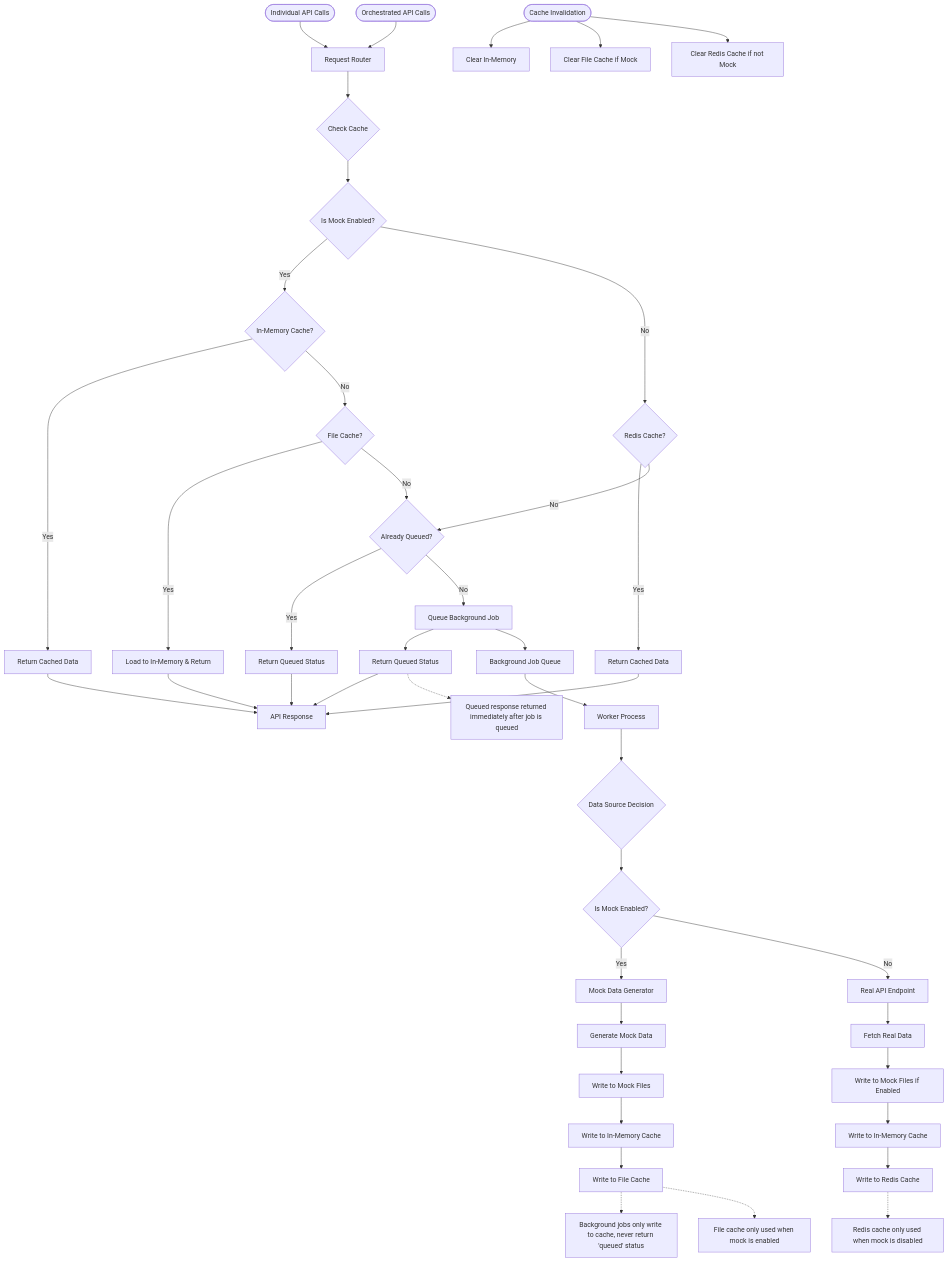
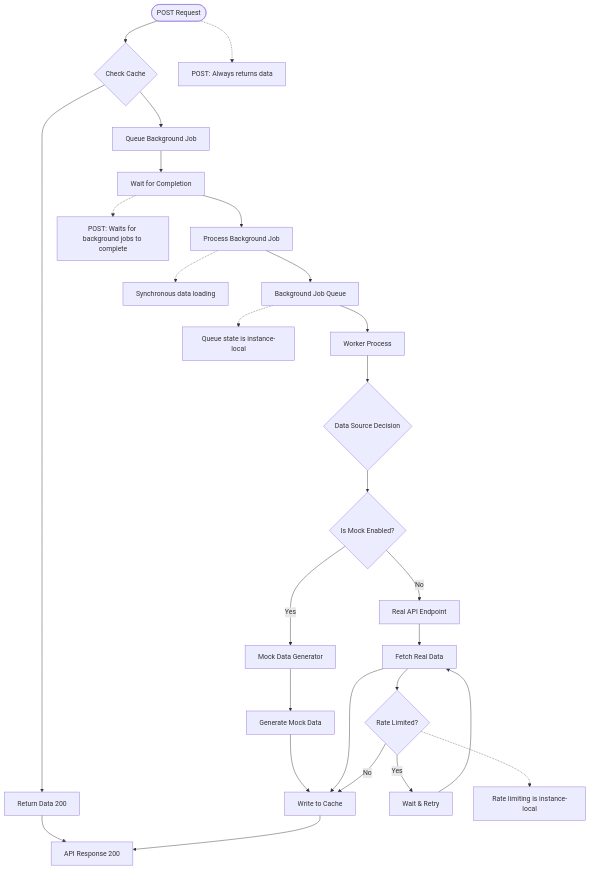
One commit to szarroug3/dota-data changed the fifth of 7 diagrams in docs/architecture.md. Above: the diagram before and after it, drawn with Mermaid. The commit also changed other lines of this file and 76 other files, not shown here.

````diff
--- a/docs/architecture.md
+++ b/docs/architecture.md
@@ -13,77 +205,55 @@
 ```mermaid
 flowchart TD
     %% API Layer
-    API1([Individual API Calls])
-    API2([Orchestrated API Calls])
-    
-    %% Request Router
-    API1 --> RR[Request Router]
-    API2 --> RR
+    POST([POST Request])
     
     %% Cache Check Layer
-    RR --> CC{Check Cache}
-    CC --> ME{Is Mock Enabled?}
-    ME -- Yes --> IC{In-Memory Cache?}
-    ME -- No --> RC{Redis Cache?}
+    POST --> CC{Check Cache}
     
-    %% Mock Cache Path
-    IC -- Yes --> RC1[Return Cached Data]
-    IC -- No --> FC{File Cache?}
-    FC -- Yes --> LC[Load to In-Memory & Return]
-    FC -- No --> QC{Already Queued?}
+    %% Cache Hit Path
+    CC --> CACHED[Return Data 200]
     
-    %% Real Cache Path
-    RC -- Yes --> RC2[Return Cached Data]
-    RC -- No --> QC
-    
-    %% Queue Management
-    QC -- Yes --> QR[Return Queued Status]
-    QC -- No --> QB[Queue Background Job]
-    QB --> QR2[Return Queued Status]
+    %% Cache Miss Path
+    CC --> QUEUE[Queue Background Job]
+    QUEUE --> WAIT[Wait for Completion]
+    WAIT --> PROCESS[Process Background Job]
     
     %% Background Job System
-    QB --> BJ[Background Job Queue]
+    PROCESS --> BJ[Background Job Queue]
     BJ --> WJ[Worker Process]
     WJ --> DC{Data Source Decision}
     
     %% Mock vs Real Data Sources
     DC --> MOCK{Is Mock Enabled?}
     MOCK -- Yes --> MG[Mock Data Generator]
     MOCK -- No --> RE[Real API Endpoint]
     
-    %% Mock Data Flow
+    %% Data Flow
     MG --> MF[Generate Mock Data]
-    MF --> MW[Write to Mock Files]
-    MW --> MC1[Write to In-Memory Cache]
-    MC1 --> MC2[Write to File Cache]
+    RE --> RF[Fetch Real Data]
+    MF --> CACHE[Write to Cache]
+    RF --> CACHE
     
-    %% Real Data Flow
-    RE --> RF[Fetch Real Data]
-    RF --> RW[Write to Mock Files if Enabled]
-    RW --> MC3[Write to In-Memory Cache]
-    MC3 --> MC4[Write to Redis Cache]
+    %% Rate Limiting
+    RF --> RL{Rate Limited?}
+    RL -- Yes --> RETRY[Wait & Retry]
+    RETRY --> RF
+    RL -- No --> CACHE
     
     %% Response Flow
-    RC1 --> RESP[API Response]
-    RC2 --> RESP
-    LC --> RESP
-    QR --> RESP
-    QR2 --> RESP
-    
-    %% Cache Invalidation
-    INV([Cache Invalidation])
-    INV --> CI[Clear In-Memory]
-    INV --> CF[Clear File Cache if Mock]
-    INV --> CR[Clear Redis Cache if not Mock]
+    CACHED --> RESP[API Response 200]
+    CACHE --> RESP
     
     %% Notes
-    N1[Background jobs only write to cache, never return 'queued' status]
-    N2[File cache only used when mock is enabled]
-    N3[Redis cache only used when mock is disabled]
-    N4[Queued response returned immediately after job is queued]
+    N1[POST: Always returns data]
+    N2[POST: Waits for background jobs to complete]
+    N3[Rate limiting is instance-local]
+    N4[Queue state is instance-local]
+    N5[Synchronous data loading]
     
-    MC2 -.-> N1
-    MC2 -.-> N2
-    MC4 -.-> N3
-    QR2 -.-> N4
+    POST -.-> N1
+    WAIT -.-> N2
+    RL -.-> N3
+    BJ -.-> N4
+    PROCESS -.-> N5
 ```
````
